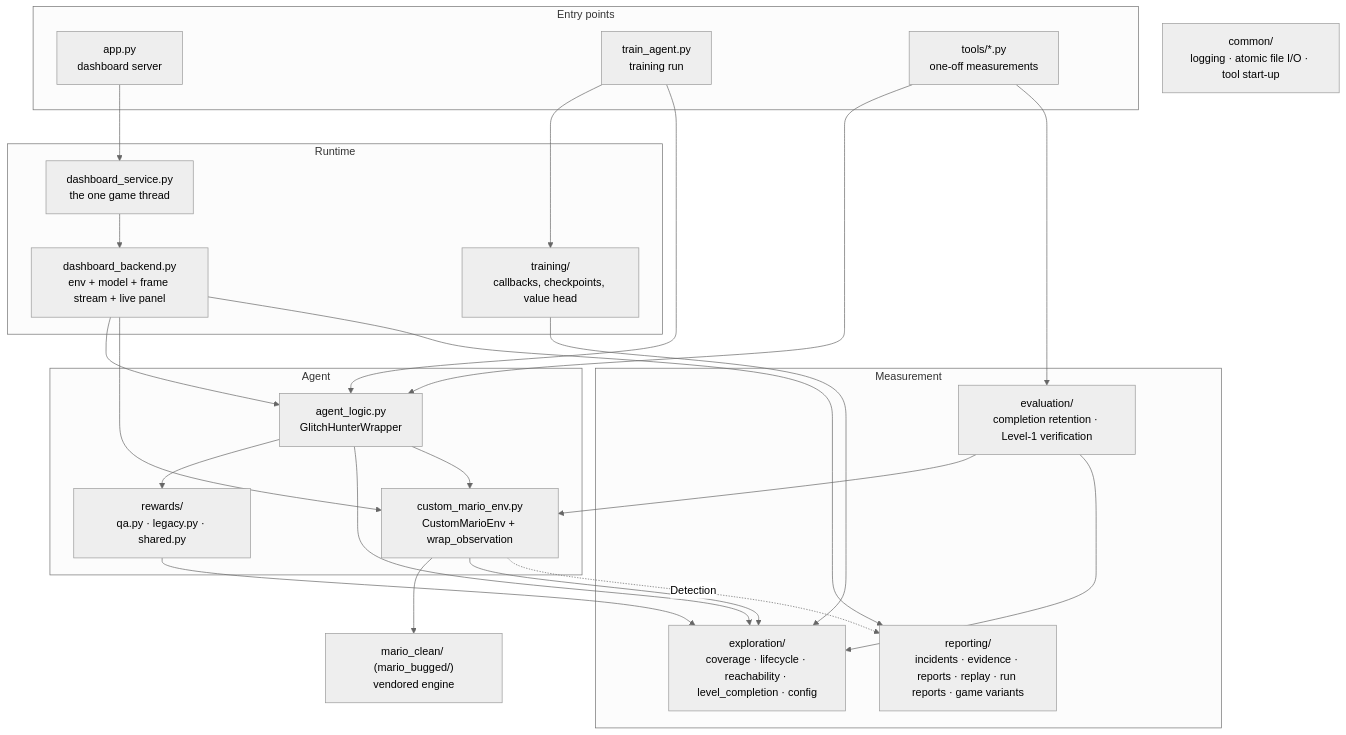
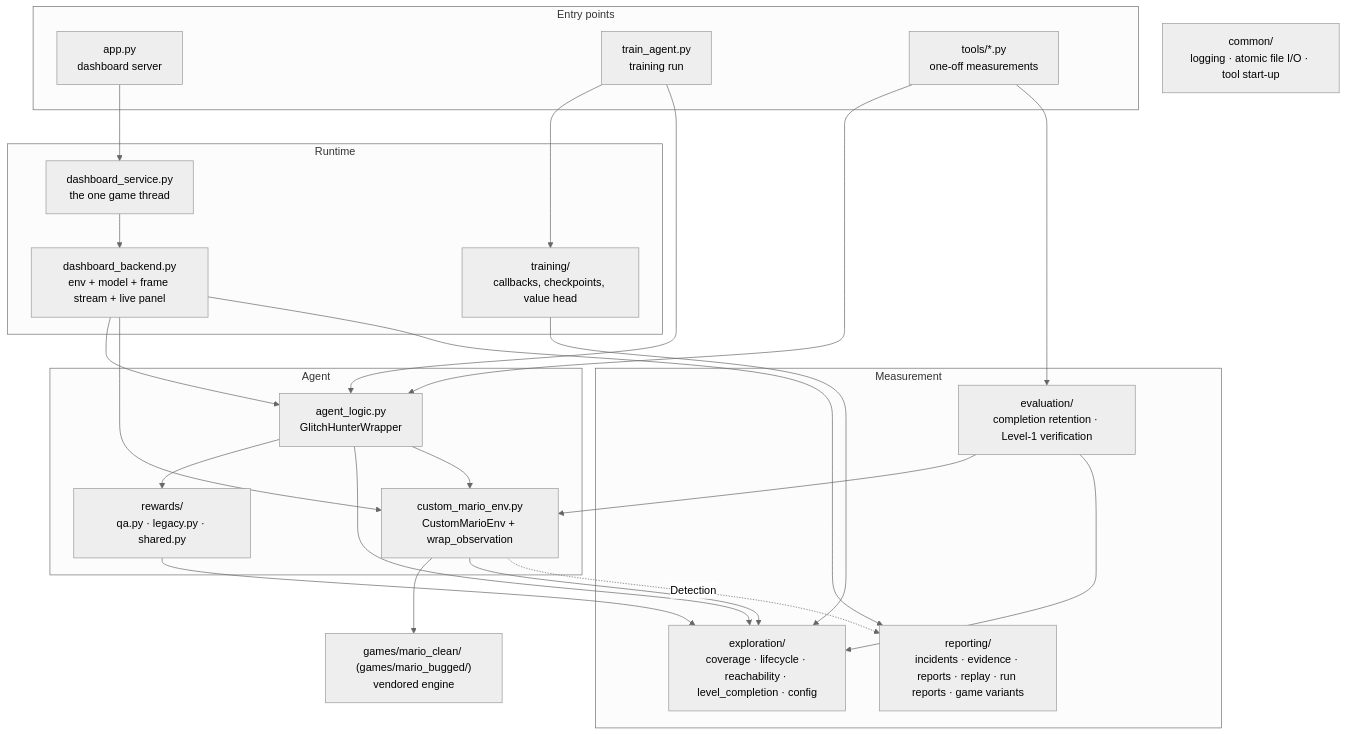
The diagram in docs/ARCHITECTURE.md (TanmaySingh2711/glitch_hunter_project), drawn with Mermaid (neutral theme) before and after one commit. The commit also changed other lines of this file and 162 other files, not shown here.

````diff
--- a/docs/ARCHITECTURE.md
+++ b/docs/ARCHITECTURE.md
@@ -11,42 +11,42 @@
 ```mermaid
 flowchart TD
     subgraph entry["Entry points"]
         APP["app.py<br/>dashboard server"]
         TRAIN["train_agent.py<br/>training run"]
         TOOLS["tools/*.py<br/>one-off measurements"]
     end
     subgraph runtime["Runtime"]
         SVC["dashboard_service.py<br/>the one game thread"]
         BACK["dashboard_backend.py<br/>env + model + frame stream + live panel"]
         TRN["training/<br/>callbacks, checkpoints, value head"]
     end
     subgraph agent["Agent"]
         WRAP["agent_logic.py<br/>GlitchHunterWrapper"]
         REW["rewards/<br/>qa.py · legacy.py · shared.py"]
         ENV["custom_mario_env.py<br/>CustomMarioEnv + wrap_observation"]
     end
     subgraph measure["Measurement"]
         EXP["exploration/<br/>coverage · lifecycle · reachability · level_completion · config"]
         EVAL["evaluation/<br/>completion retention · Level-1 verification"]
         REPT["reporting/<br/>incidents · evidence · reports · replay · run reports · game variants"]
     end
-    GAME["mario_clean/ (mario_bugged/)<br/>vendored engine"]
+    GAME["games/mario_clean/ (games/mario_bugged/)<br/>vendored engine"]
     COMMON["common/<br/>logging · atomic file I/O · tool start-up"]
 
     APP --> SVC --> BACK --> WRAP
     TRAIN --> TRN
     TRAIN --> WRAP
     TOOLS --> WRAP
     TOOLS --> EVAL
     WRAP --> REW
     WRAP --> EXP
     REW --> EXP
     WRAP --> ENV --> GAME
     ENV --> EXP
     BACK --> ENV
     BACK --> REPT
     ENV -. Detection .-> REPT
     EVAL --> ENV
     EVAL --> EXP
     TRN --> EXP
 ```
````
